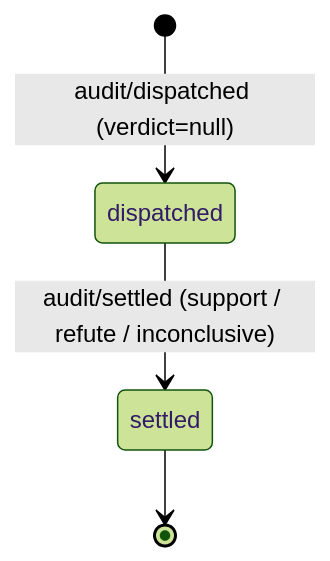
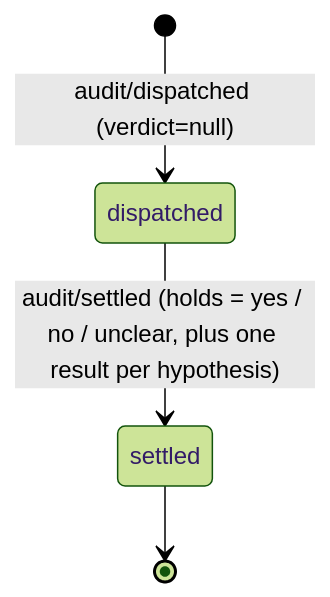
The sixth of 11 diagrams in docs/optimization/state-machines.md (Clearailhc/clearai-dsh), drawn with Mermaid (forest theme) before and after one commit. The commit also changed other lines of this file and 42 other files, not shown here.

````diff
--- a/docs/optimization/state-machines.md
+++ b/docs/optimization/state-machines.md
@@ -138,6 +138,6 @@
 ```mermaid
 stateDiagram-v2
     [*] --> dispatched: audit/dispatched (verdict=null)
-    dispatched --> settled: audit/settled (support / refute / inconclusive)
+    dispatched --> settled: audit/settled (holds = yes / no / unclear, plus one result per hypothesis)
     settled --> [*]
 ```
````
